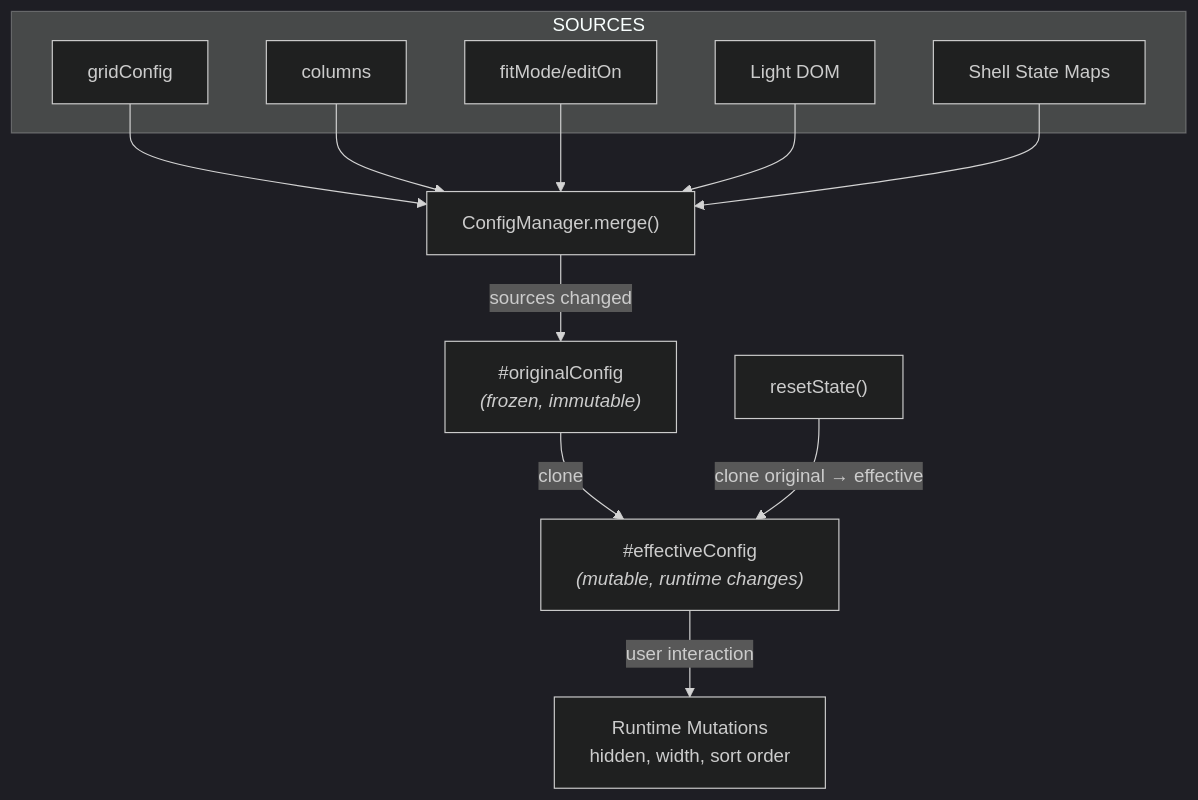
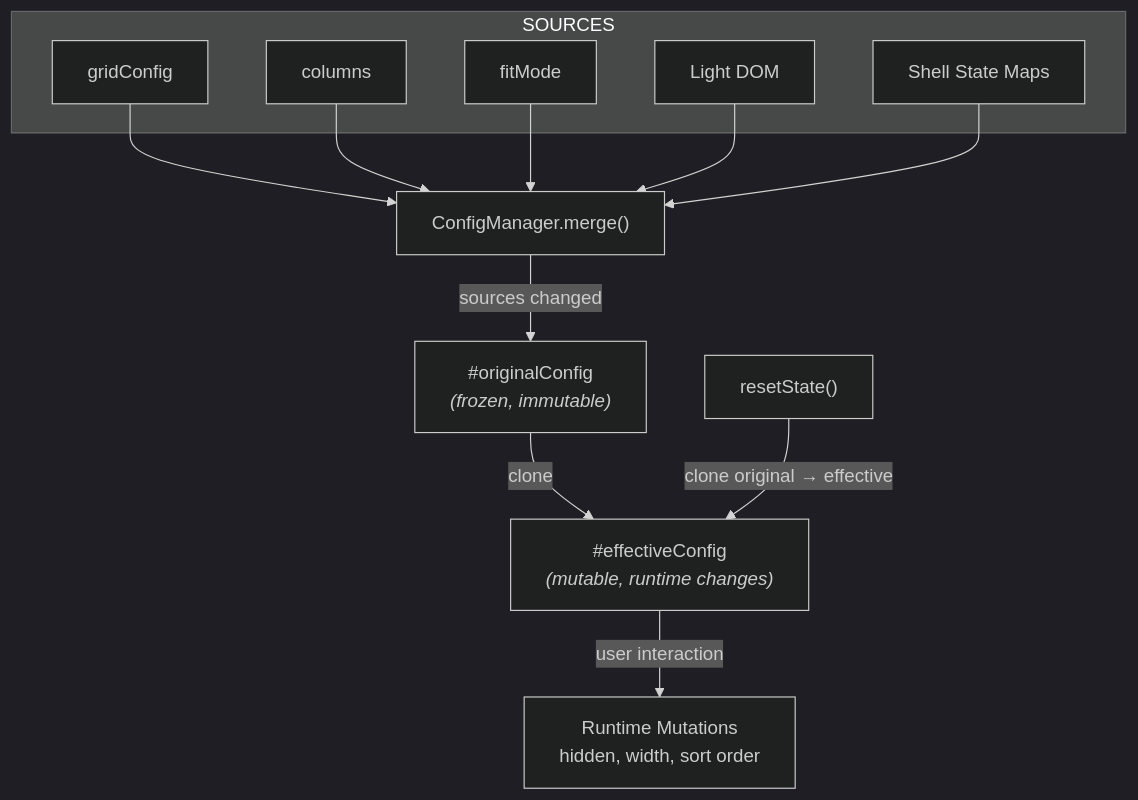
The second of 4 diagrams in libs/grid/ARCHITECTURE.md (OysteinAmundsen/toolbox), drawn with Mermaid (dark theme) before and after one commit. The commit also changed other lines of this file and 6 other files, not shown here.

````diff
--- a/libs/grid/ARCHITECTURE.md
+++ b/libs/grid/ARCHITECTURE.md
@@ -178,24 +176,24 @@
 ```mermaid
 flowchart TB
     subgraph sources["SOURCES"]
         A["gridConfig"]
         B["columns"]
-        C["fitMode/editOn"]
+        C["fitMode"]
         D["Light DOM"]
         E["Shell State Maps"]
     end
 
     A --> F
     B --> F
     C --> F
     D --> F
     E --> F
 
     F["ConfigManager.merge()"]
     F -->|"sources changed"| G["#originalConfig<br/><i>(frozen, immutable)</i>"]
     G -->|"clone"| H["#effectiveConfig<br/><i>(mutable, runtime changes)</i>"]
 
     H -->|"user interaction"| I["Runtime Mutations<br/>hidden, width, sort order"]
 
     J["resetState()"] -->|"clone original → effective"| H
 ```
````
